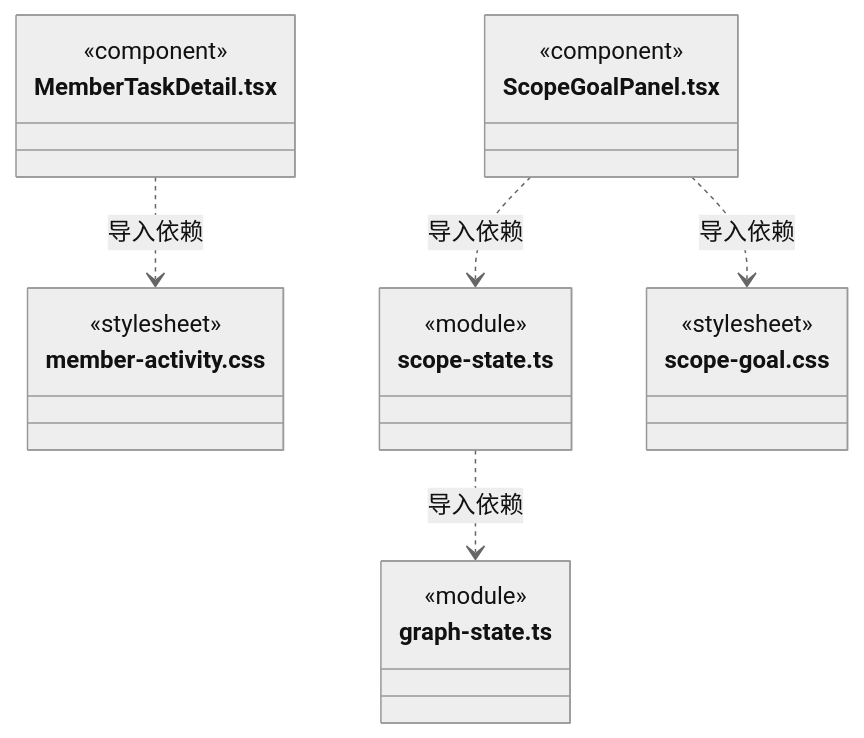
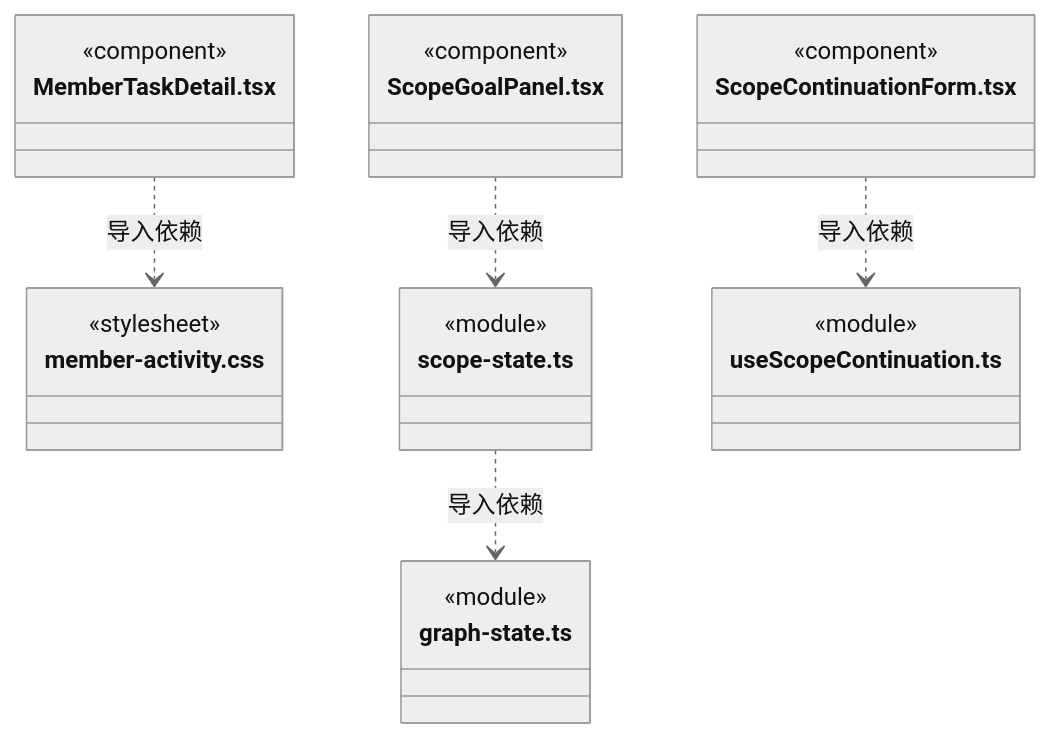
One commit to nan023062/cbim changed diagram 33 of 38 in src/frontend/tasks/ARCHITECTURE.md. Above: the diagram before and after it, drawn with Mermaid (neutral theme). The commit also changed other lines of this file and 60 other files, not shown here.

````diff
--- a/src/frontend/tasks/ARCHITECTURE.md
+++ b/src/frontend/tasks/ARCHITECTURE.md
@@ -483,25 +658,28 @@
 ```mermaid
 classDiagram
 class N_src_frontend_tasks_MemberTaskDetail_tsx["MemberTaskDetail.tsx"] {
   <<component>>
 }
 class N_src_frontend_tasks_member_activity_css["member-activity.css"] {
   <<stylesheet>>
 }
 class N_src_frontend_tasks_scope_state_ts["scope-state.ts"] {
   <<module>>
 }
 class N_src_frontend_tasks_graph_state_ts["graph-state.ts"] {
   <<module>>
 }
+class N_src_frontend_tasks_ScopeContinuationForm_tsx["ScopeContinuationForm.tsx"] {
+  <<component>>
+}
+class N_src_frontend_tasks_useScopeContinuation_ts["useScopeContinuation.ts"] {
+  <<module>>
+}
 class N_src_frontend_tasks_ScopeGoalPanel_tsx["ScopeGoalPanel.tsx"] {
   <<component>>
 }
-class N_src_frontend_tasks_scope_goal_css["scope-goal.css"] {
-  <<stylesheet>>
-}
 N_src_frontend_tasks_MemberTaskDetail_tsx ..> N_src_frontend_tasks_member_activity_css : 导入依赖
 N_src_frontend_tasks_scope_state_ts ..> N_src_frontend_tasks_graph_state_ts : 导入依赖
+N_src_frontend_tasks_ScopeContinuationForm_tsx ..> N_src_frontend_tasks_useScopeContinuation_ts : 导入依赖
 N_src_frontend_tasks_ScopeGoalPanel_tsx ..> N_src_frontend_tasks_scope_state_ts : 导入依赖
-N_src_frontend_tasks_ScopeGoalPanel_tsx ..> N_src_frontend_tasks_scope_goal_css : 导入依赖
 ```
````
